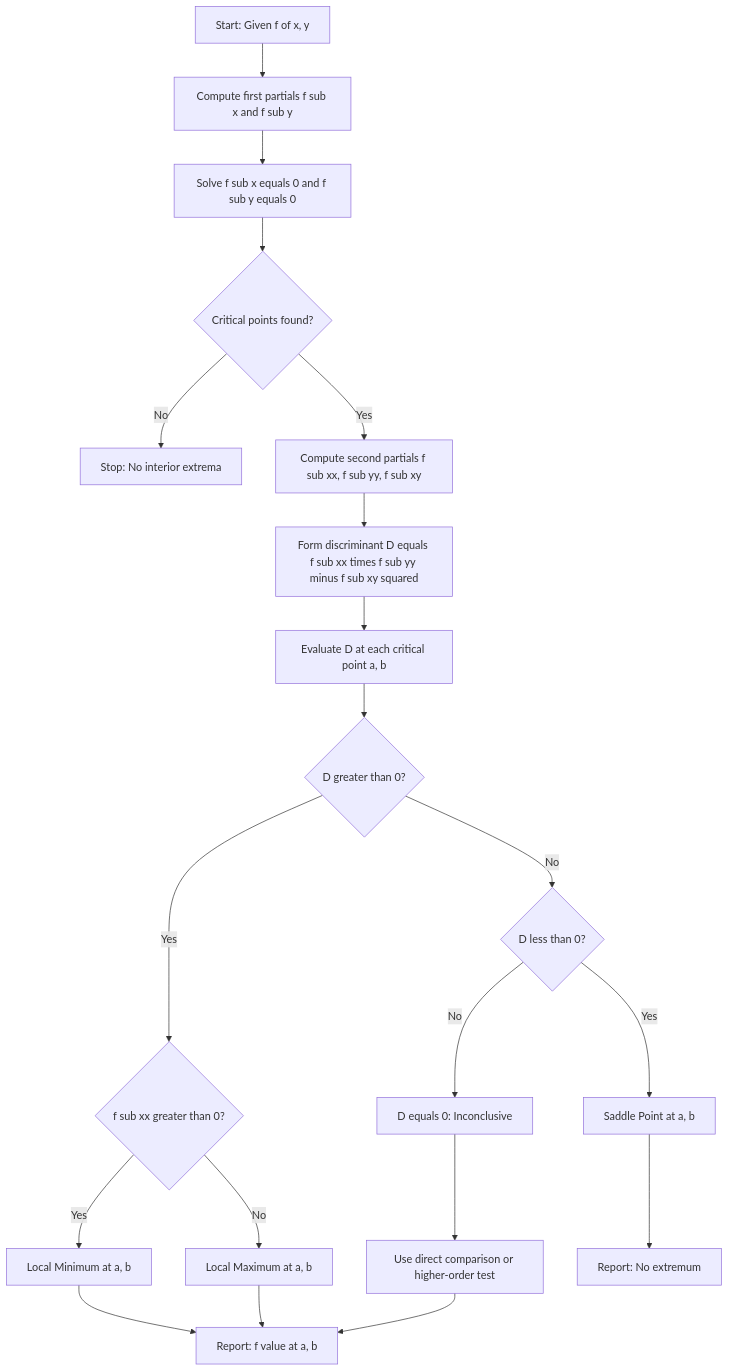
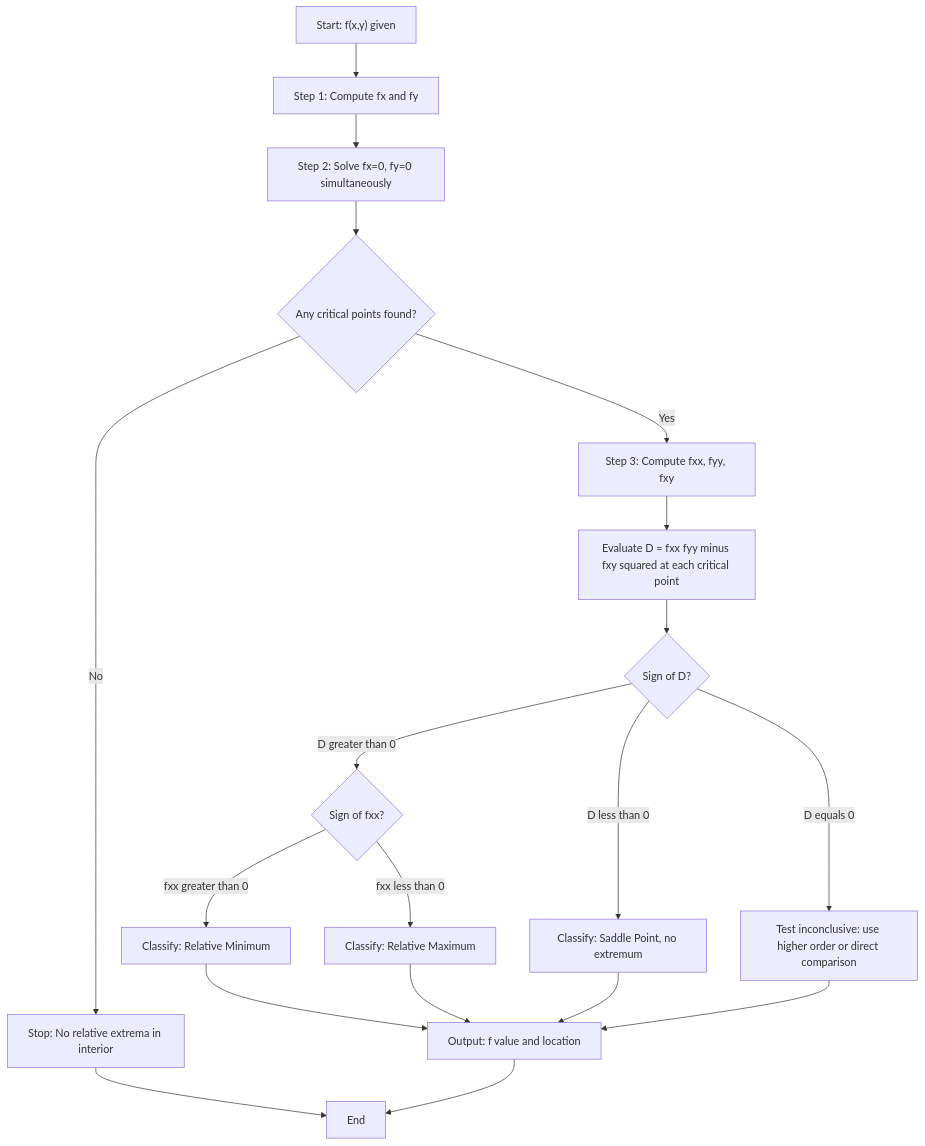
Before and after one commit to vishnuu-kr/ktunode: the first of 3 diagrams in public/notes/computer-science-and-engineering/semester-1/gamat101-mathematics-for-information-science-1/03-module-3-the-chain-rule-functions-of-three-variables/local-extreme-values-for-functions-of-two-variables-relative-extrema/notes.md, drawn with Mermaid. The commit also changed other lines of this file and 4829 other files, not shown here.

````diff
--- a/public/notes/computer-science-and-engineering/semester-1/gamat101-mathematics-for-information-science-1/03-module-3-the-chain-rule-functions-of-three-variables/local-extreme-values-for-functions-of-two-variables-relative-extrema/notes.md
+++ b/public/notes/computer-science-and-engineering/semester-1/gamat101-mathematics-for-information-science-1/03-module-3-the-chain-rule-functions-of-three-variables/local-extreme-values-for-functions-of-two-variables-relative-extrema/notes.md
@@ -352,22 +431,21 @@
 ```mermaid
 flowchart TD
-    A[Start: Given f of x, y] --> B[Compute first partials f sub x and f sub y]
-    B --> C[Solve f sub x equals 0 and f sub y equals 0]
-    C --> D{Critical points found?}
-    D -- No --> E[Stop: No interior extrema]
-    D -- Yes --> F[Compute second partials f sub xx, f sub yy, f sub xy]
-    F --> G[Form discriminant D equals f sub xx times f sub yy minus f sub xy squared]
-    G --> H[Evaluate D at each critical point a, b]
-    H --> I{D greater than 0?}
-    I -- Yes --> J{f sub xx greater than 0?}
-    J -- Yes --> K[Local Minimum at a, b]
-    J -- No --> L[Local Maximum at a, b]
-    I -- No --> M{D less than 0?}
-    M -- Yes --> N[Saddle Point at a, b]
-    M -- No --> O[D equals 0: Inconclusive]
-    O --> P[Use direct comparison or higher-order test]
-    K --> Q[Report: f value at a, b]
-    L --> Q
-    N --> R[Report: No extremum]
-    P --> Q
+    A["Start: f(x,y) given"] --> B["Step 1: Compute fx and fy"]
+    B --> C["Step 2: Solve fx=0, fy=0 simultaneously"]
+    C --> D{"Any critical points found?"}
+    D -- "No" --> E["Stop: No relative extrema in interior"]
+    D -- "Yes" --> F["Step 3: Compute fxx, fyy, fxy"]
+    F --> G["Evaluate D = fxx fyy minus fxy squared at each critical point"]
+    G --> H{"Sign of D?"}
+    H -- "D greater than 0" --> I{"Sign of fxx?"}
+    I -- "fxx greater than 0" --> J["Classify: Relative Minimum"]
+    I -- "fxx less than 0" --> K["Classify: Relative Maximum"]
+    H -- "D less than 0" --> L["Classify: Saddle Point, no extremum"]
+    H -- "D equals 0" --> M["Test inconclusive: use higher order or direct comparison"]
+    J --> N["Output: f value and location"]
+    K --> N
+    L --> N
+    M --> N
+    E --> O["End"]
+    N --> O
 ```
````
